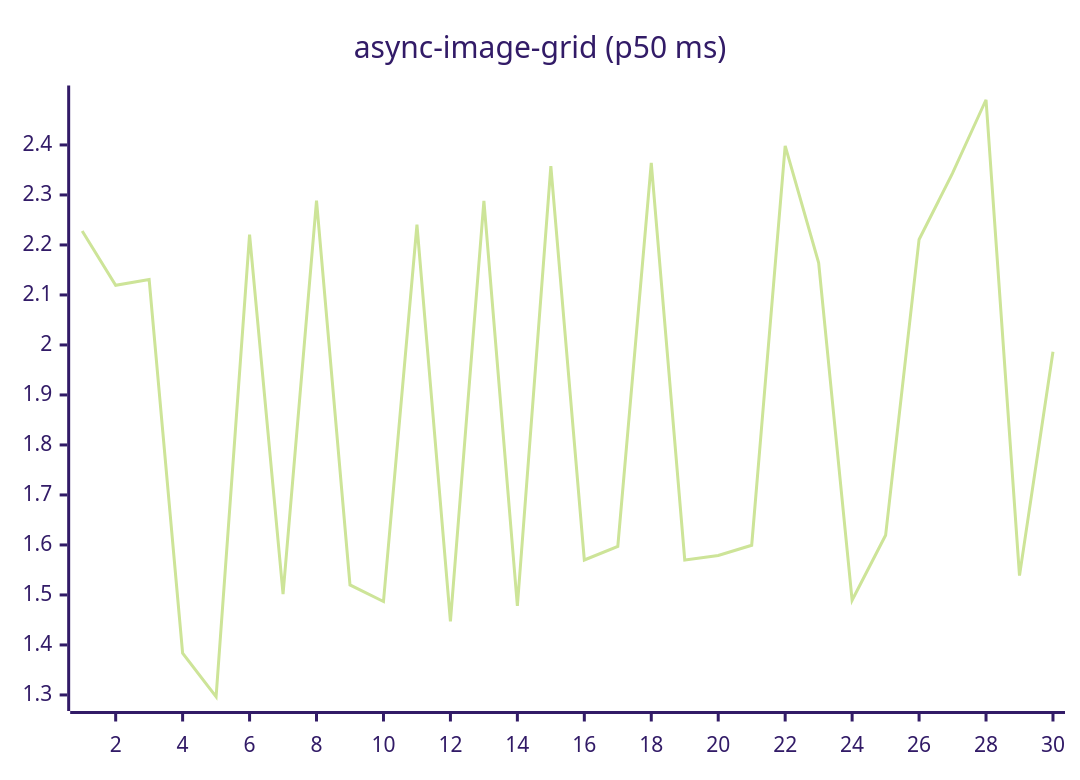
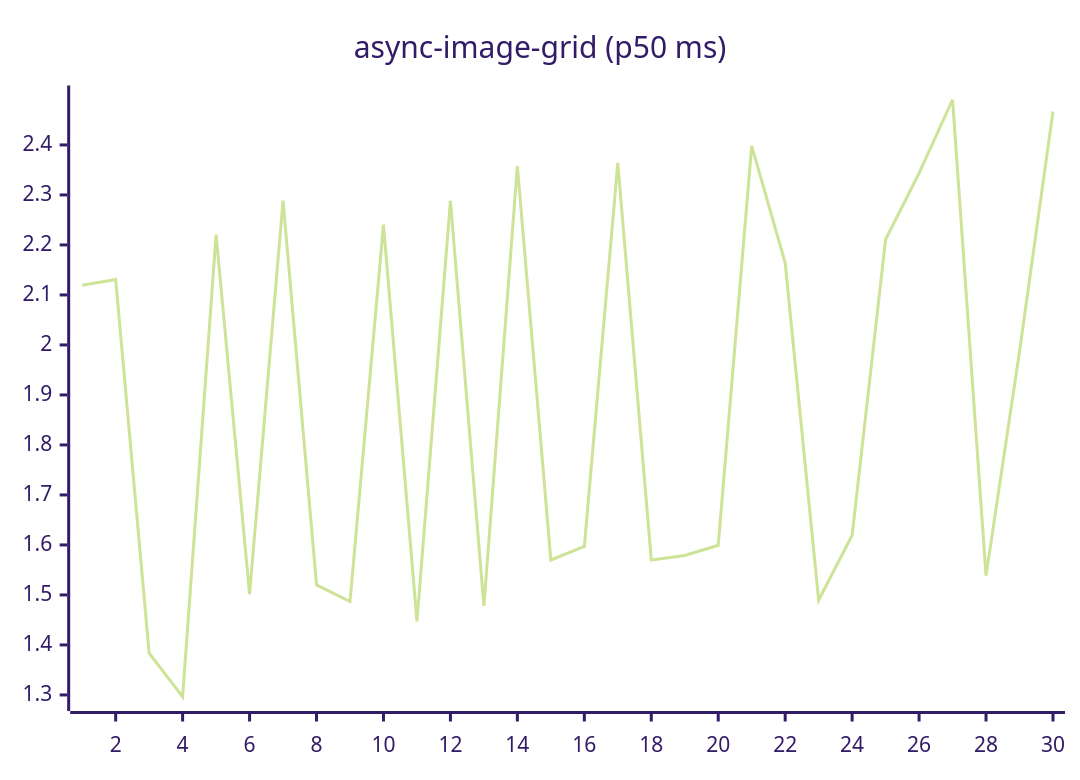
One commit to josha/Facet changed the fifth of 27 diagrams in README.md. Above: the diagram before and after it, drawn with Mermaid (forest theme). The commit also changed other lines of this file and 2 other files, not shown here.

````diff
--- a/README.md
+++ b/README.md
@@ -91,6 +91,6 @@
 ```mermaid
 xychart-beta
     title "async-image-grid (p50 ms)"
     x-axis 1 --> 30
-    line [2.2280, 2.1194, 2.1310, 1.3834, 1.2964, 2.2208, 1.5015, 2.2886, 1.5200, 1.4868, 2.2404, 1.4470, 2.2880, 1.4779, 2.3575, 1.5699, 1.5969, 2.3640, 1.5700, 1.5790, 1.5994, 2.3982, 2.1641, 1.4893, 1.6193, 2.2110, 2.3435, 2.4904, 1.5386, 1.9864]
+    line [2.1194, 2.1310, 1.3834, 1.2964, 2.2208, 1.5015, 2.2886, 1.5200, 1.4868, 2.2404, 1.4470, 2.2880, 1.4779, 2.3575, 1.5699, 1.5969, 2.3640, 1.5700, 1.5790, 1.5994, 2.3982, 2.1641, 1.4893, 1.6193, 2.2110, 2.3435, 2.4904, 1.5386, 1.9864, 2.4670]
 ```
````
